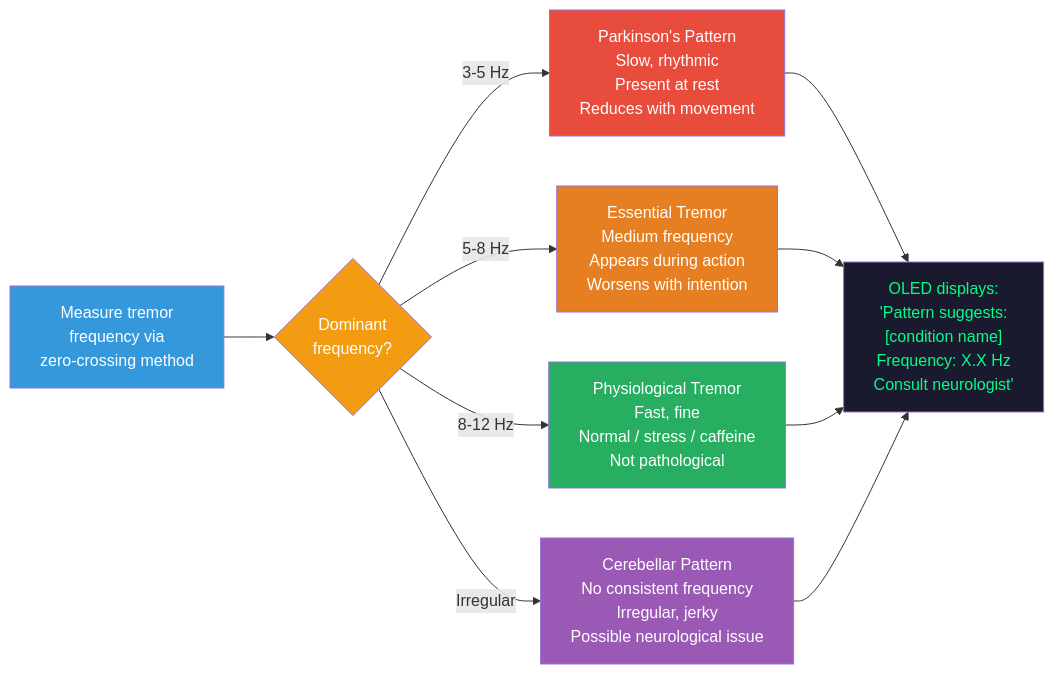
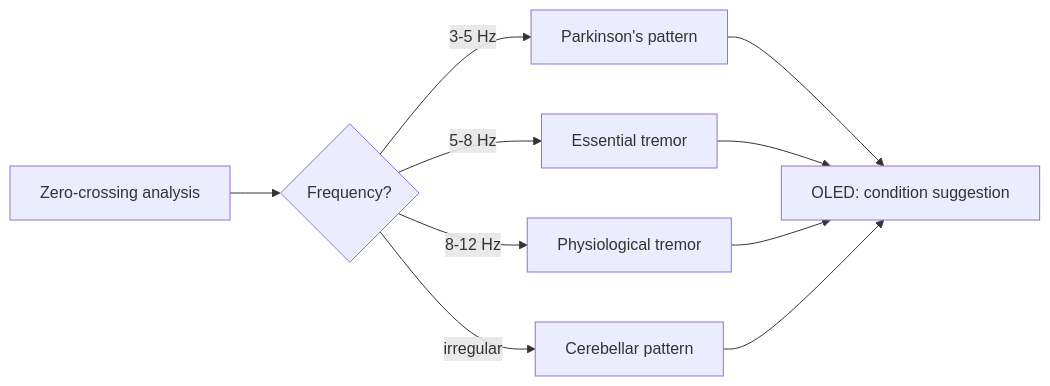
Diagram 11 of 17 in docs/tremortray-proposal.md (doyun-gu/hack-a-bot-2026), drawn with Mermaid before and after one commit. The commit also changed other lines of this file and 3 other files, not shown here.

First line of the commit message:
Clean up diagrams + add EEE theory + ventilation application

````diff
--- a/docs/tremortray-proposal.md
+++ b/docs/tremortray-proposal.md
@@ -560,22 +416,12 @@
 ```mermaid
 flowchart LR
-    FREQ["Measure tremor<br/>frequency via<br/>zero-crossing method"] --> CLASSIFY{"Dominant<br/>frequency?"}
-
-    CLASSIFY -->|"3-5 Hz"| PARK["Parkinson's Pattern<br/>Slow, rhythmic<br/>Present at rest<br/>Reduces with movement"]
-    CLASSIFY -->|"5-8 Hz"| ESSENTIAL["Essential Tremor<br/>Medium frequency<br/>Appears during action<br/>Worsens with intention"]
-    CLASSIFY -->|"8-12 Hz"| PHYSIO["Physiological Tremor<br/>Fast, fine<br/>Normal / stress / caffeine<br/>Not pathological"]
-    CLASSIFY -->|"Irregular"| CEREBELLAR["Cerebellar Pattern<br/>No consistent frequency<br/>Irregular, jerky<br/>Possible neurological issue"]
-
-    PARK --> DISPLAY["OLED displays:<br/>'Pattern suggests:<br/>[condition name]<br/>Frequency: X.X Hz<br/>Consult neurologist'"]
+    FREQ[Zero-crossing analysis] --> CLASSIFY{Frequency?}
+    CLASSIFY -->|3-5 Hz| PARK[Parkinson's pattern]
+    CLASSIFY -->|5-8 Hz| ESSENTIAL[Essential tremor]
+    CLASSIFY -->|8-12 Hz| PHYSIO[Physiological tremor]
+    CLASSIFY -->|irregular| CEREBELLAR[Cerebellar pattern]
+    PARK --> DISPLAY[OLED: condition suggestion]
     ESSENTIAL --> DISPLAY
     PHYSIO --> DISPLAY
     CEREBELLAR --> DISPLAY
-
-    style FREQ fill:#3498db,color:#fff
-    style CLASSIFY fill:#f39c12,color:#fff
-    style PARK fill:#e74c3c,color:#fff
-    style ESSENTIAL fill:#e67e22,color:#fff
-    style PHYSIO fill:#27ae60,color:#fff
-    style CEREBELLAR fill:#9b59b6,color:#fff
-    style DISPLAY fill:#1a1a2e,color:#0f8
 ```
````
